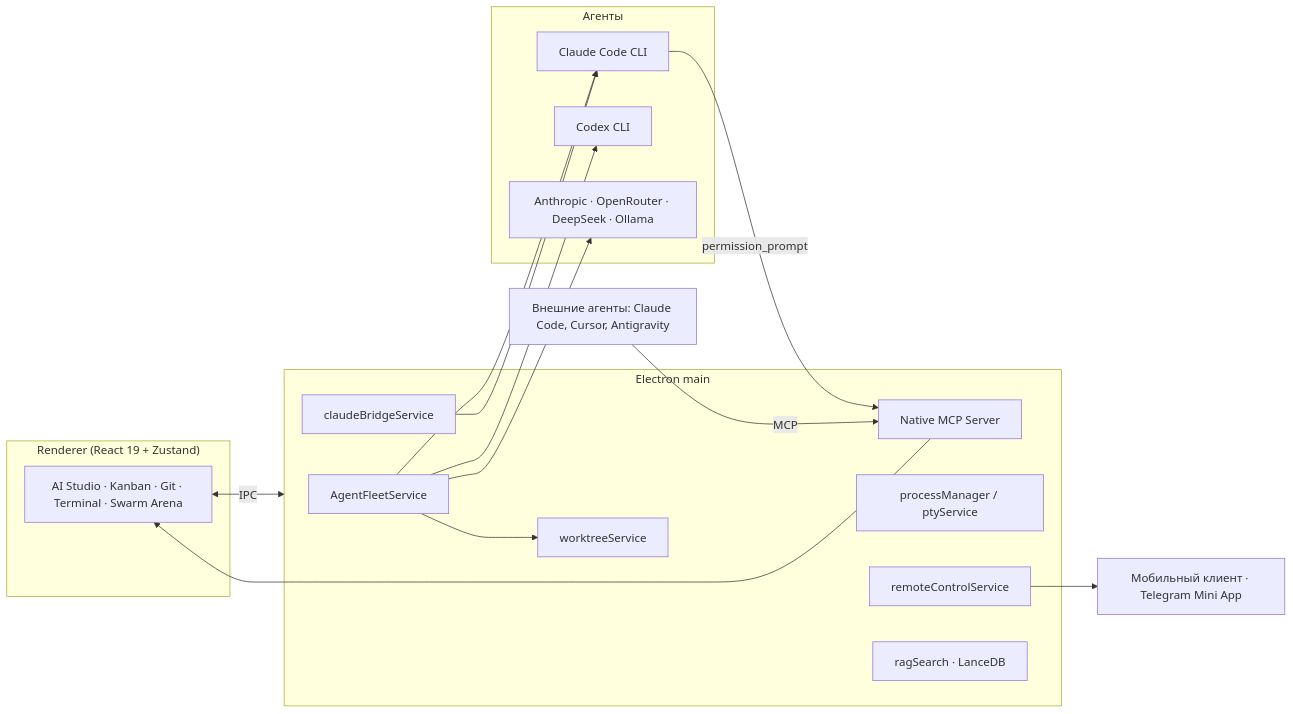
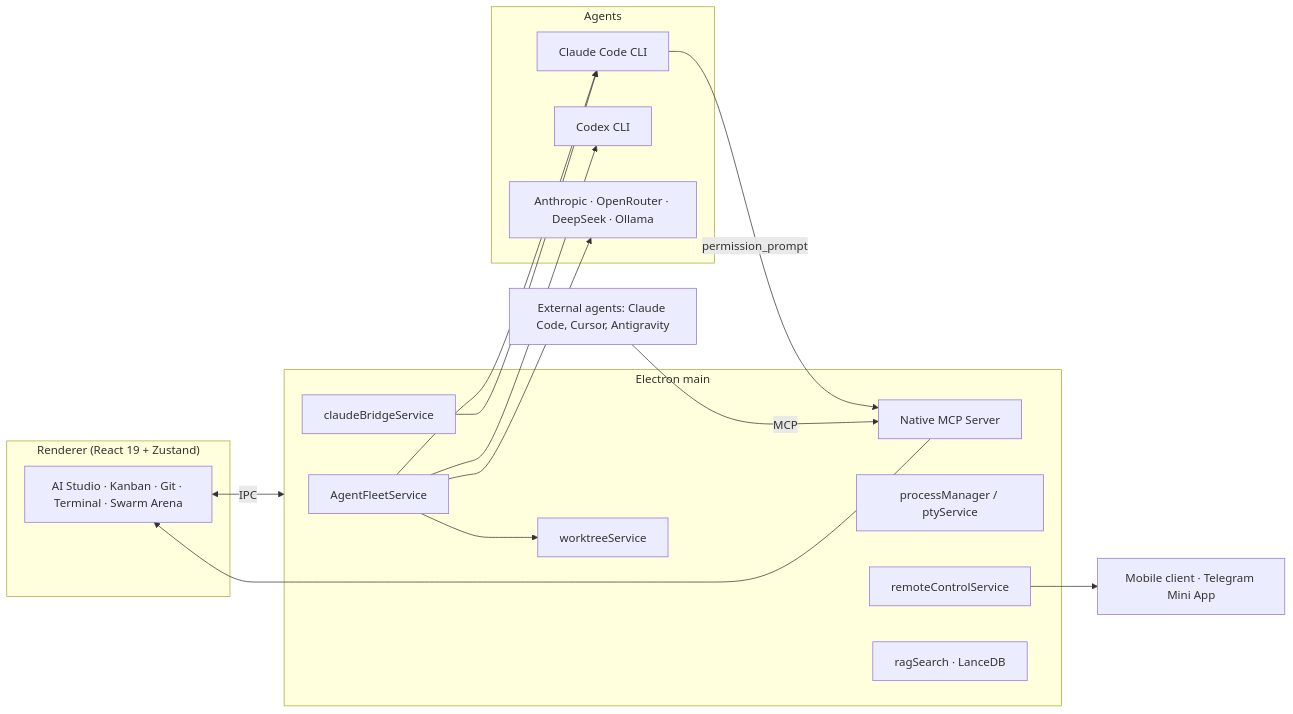
The diagram in README.md (Reasp/projecthub-oss), drawn with Mermaid before and after one commit. The commit also changed other lines of this file and 1 other file, not shown here.

````diff
--- a/README.md
+++ b/README.md
@@ -95,31 +99,31 @@
 ```mermaid
 flowchart LR
   subgraph Renderer["Renderer (React 19 + Zustand)"]
     UI[AI Studio · Kanban · Git · Terminal · Swarm Arena]
   end
 
   subgraph Main["Electron main"]
     Fleet[AgentFleetService]
     Bridge[claudeBridgeService]
     MCP[Native MCP Server]
     WT[worktreeService]
     Proc[processManager / ptyService]
     RC[remoteControlService]
     RAG[ragSearch · LanceDB]
   end
 
-  subgraph Agents["Агенты"]
+  subgraph Agents["Agents"]
     CC[Claude Code CLI]
     CX[Codex CLI]
     API[Anthropic · OpenRouter · DeepSeek · Ollama]
   end
 
   UI <-- IPC --> Main
   Fleet --> CC & CX & API
   Bridge --> CC
   CC -- permission_prompt --> MCP
   MCP --> UI
   Fleet --> WT
-  RC --> Mobile[Мобильный клиент · Telegram Mini App]
-  External[Внешние агенты: Claude Code, Cursor, Antigravity] -- MCP --> MCP
+  RC --> Mobile[Mobile client · Telegram Mini App]
+  External[External agents: Claude Code, Cursor, Antigravity] -- MCP --> MCP
 ```
````
